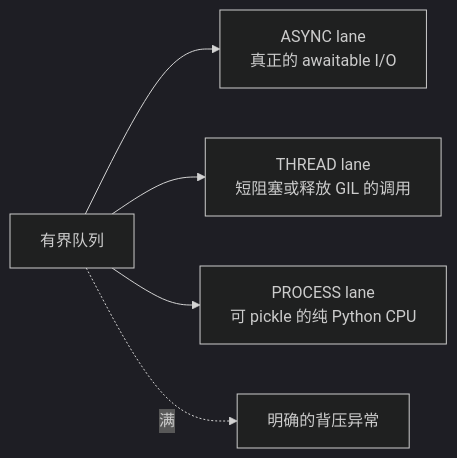
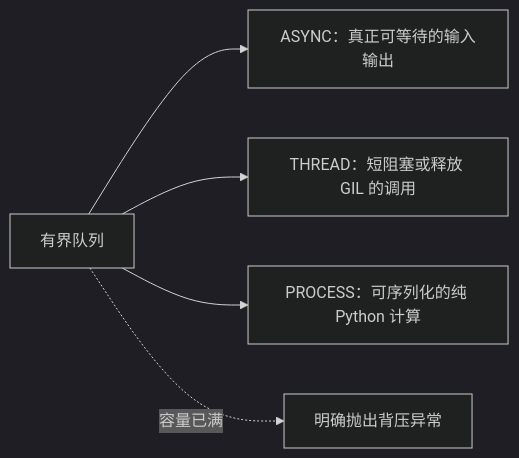
One commit to diaosj/fluxway changed the second of 4 diagrams in docs/execution_lifecycle_zh.md. Above: the diagram before and after it, drawn with Mermaid (dark theme). The commit also changed other lines of this file and 31 other files, not shown here.

Commit message:
[Docs] Add comprehensive architecture, placement, coherence, and transfer planning documentation.

````diff
--- a/docs/execution_lifecycle_zh.md
+++ b/docs/execution_lifecycle_zh.md
@@ -68,7 +54,7 @@
 ```mermaid
 flowchart LR
-    Q[有界队列] --> A[ASYNC lane\n真正的 awaitable I/O]
-    Q --> T[THREAD lane\n短阻塞或释放 GIL 的调用]
-    Q --> P[PROCESS lane\n可 pickle 的纯 Python CPU]
-    Q -. 满 .-> B[明确的背压异常]
+    Q[有界队列] --> A[ASYNC：真正可等待的输入输出]
+    Q --> T[THREAD：短阻塞或释放 GIL 的调用]
+    Q --> P[PROCESS：可序列化的纯 Python 计算]
+    Q -. 容量已满 .-> B[明确抛出背压异常]
 ```
````
